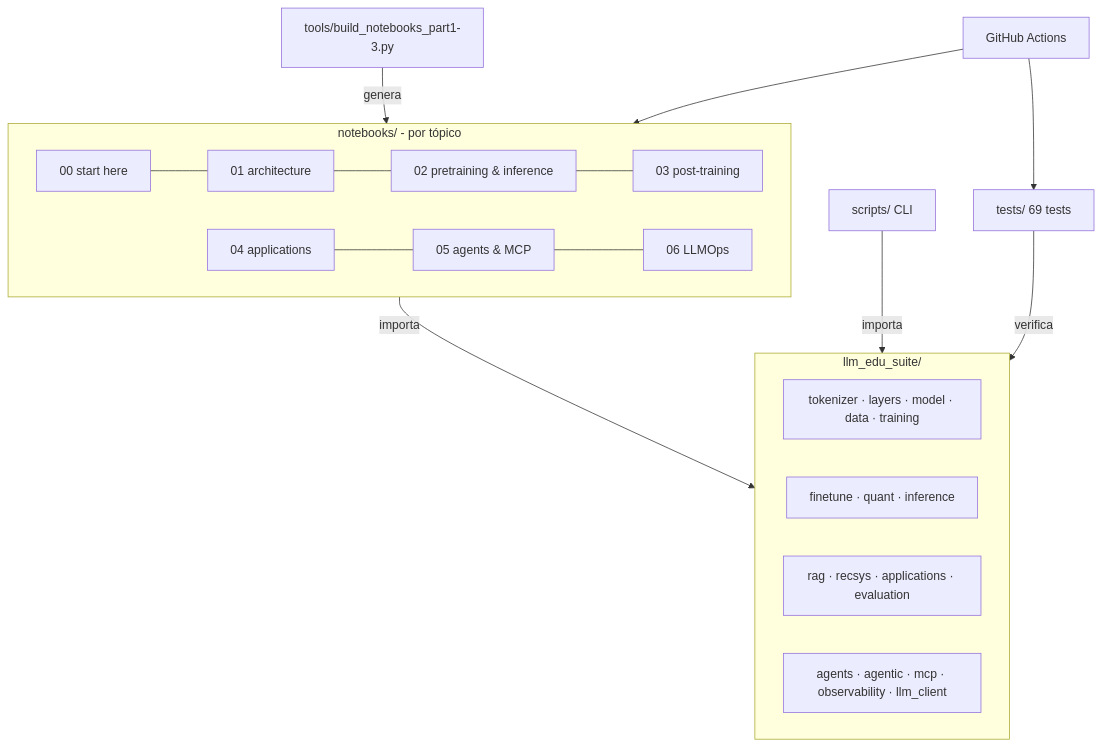
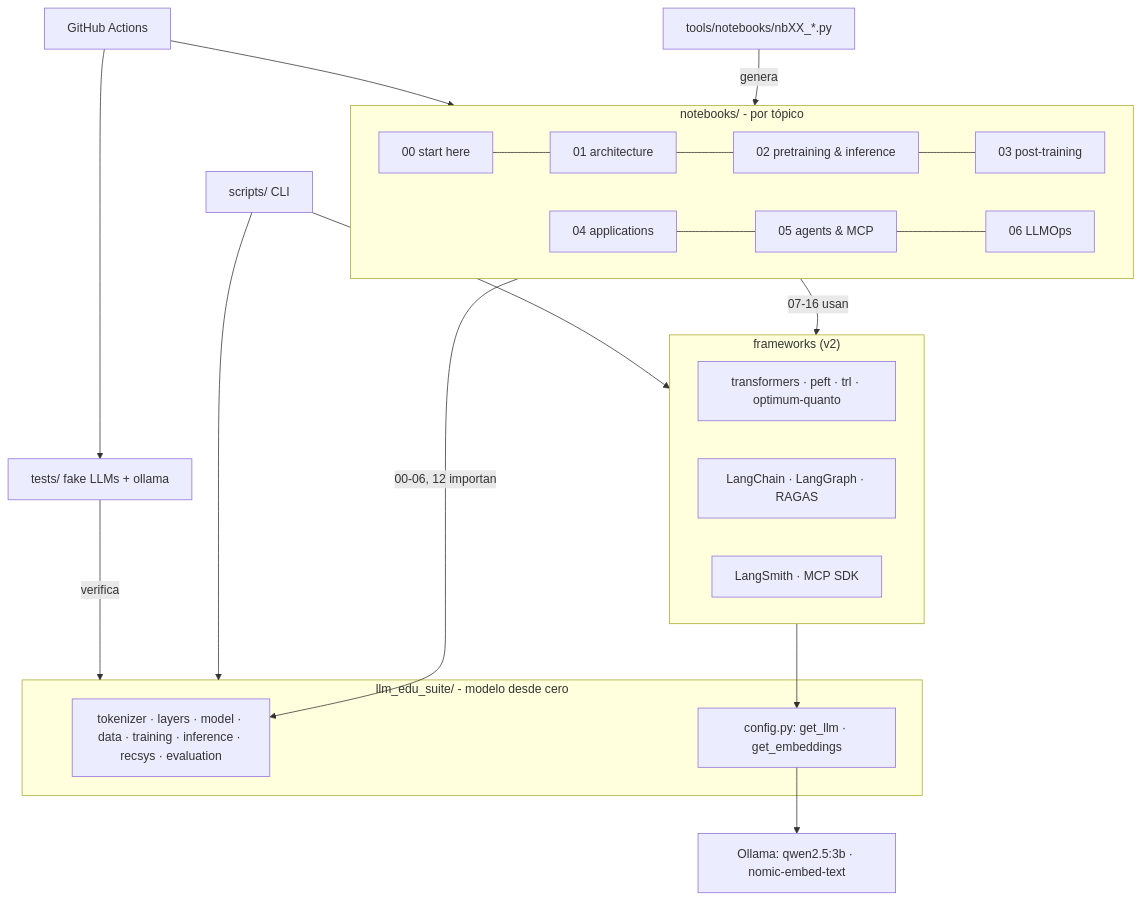
Before and after one commit to ZoodiacR/llm-edu-suite: the diagram in docs/es/caso_de_estudio.md, drawn with Mermaid. The commit also changed other lines of this file and 30 other files, not shown here.

````diff
--- a/docs/es/caso_de_estudio.md
+++ b/docs/es/caso_de_estudio.md
@@ -34,19 +36,26 @@
 ```mermaid
 flowchart TB
     subgraph NB[notebooks/ - por tópico]
         A0[00 start here] --- A1[01 architecture] --- A2[02 pretraining & inference] --- A3[03 post-training]
         A4[04 applications] --- A5[05 agents & MCP] --- A6[06 LLMOps]
     end
-    subgraph PKG[llm_edu_suite/]
-        core[tokenizer · layers · model · data · training]
-        post[finetune · quant · inference]
-        apps[rag · recsys · applications · evaluation]
-        agt[agents · agentic · mcp · observability · llm_client]
+    subgraph PKG[llm_edu_suite/ - modelo desde cero]
+        core[tokenizer · layers · model · data · training · inference · recsys · evaluation]
+        cfg["config.py: get_llm · get_embeddings"]
     end
-    GEN[tools/build_notebooks_part1-3.py] -->|genera| NB
-    NB -->|importa| PKG
-    SCR[scripts/ CLI] -->|importa| PKG
-    TST[tests/ 69 tests] -->|verifica| PKG
+    subgraph FW["frameworks (v2)"]
+        hf[transformers · peft · trl · optimum-quanto]
+        lc[LangChain · LangGraph · RAGAS]
+        ops[LangSmith · MCP SDK]
+    end
+    OLL["Ollama: qwen2.5:3b · nomic-embed-text"]
+    GEN[tools/notebooks/nbXX_*.py] -->|genera| NB
+    NB -->|00-06, 12 importan| core
+    NB -->|07-16 usan| FW
+    FW --> cfg --> OLL
+    SCR[scripts/ CLI] --> PKG
+    SCR --> FW
+    TST["tests/ fake LLMs + ollama"] -->|verifica| PKG
     CI[GitHub Actions] --> TST
     CI --> NB
 ```
````
